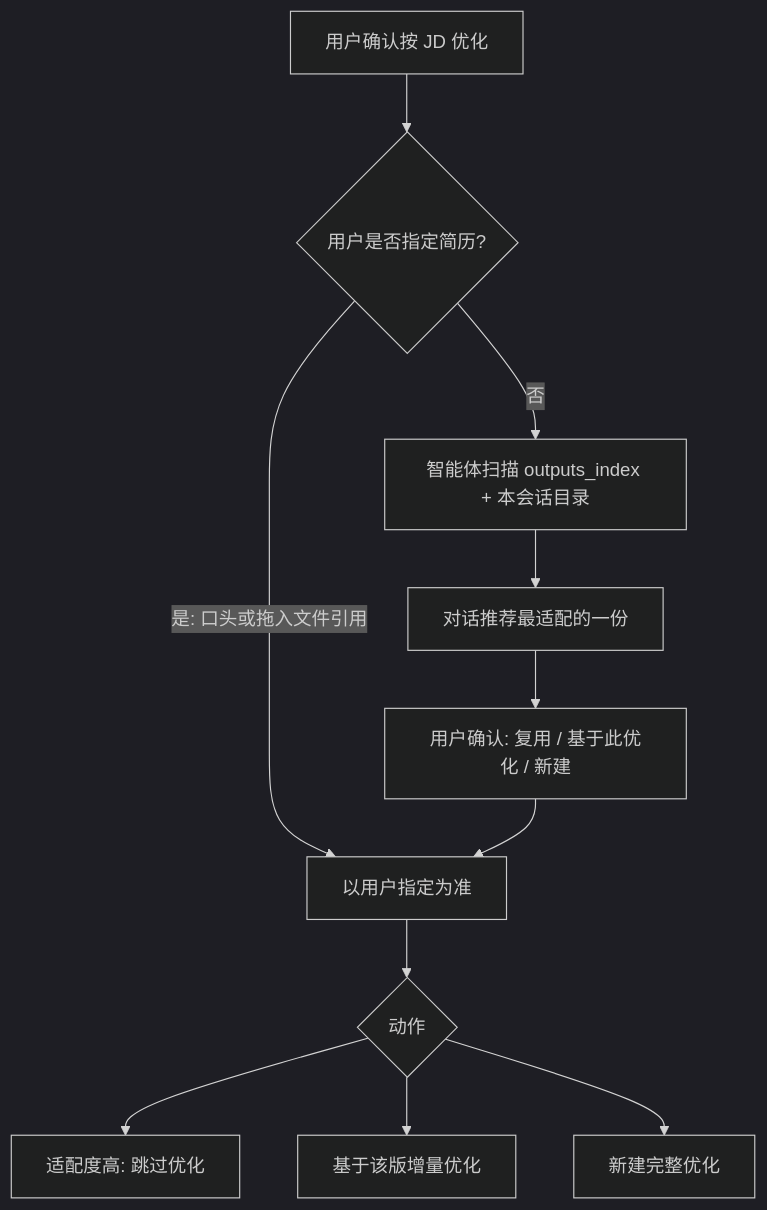
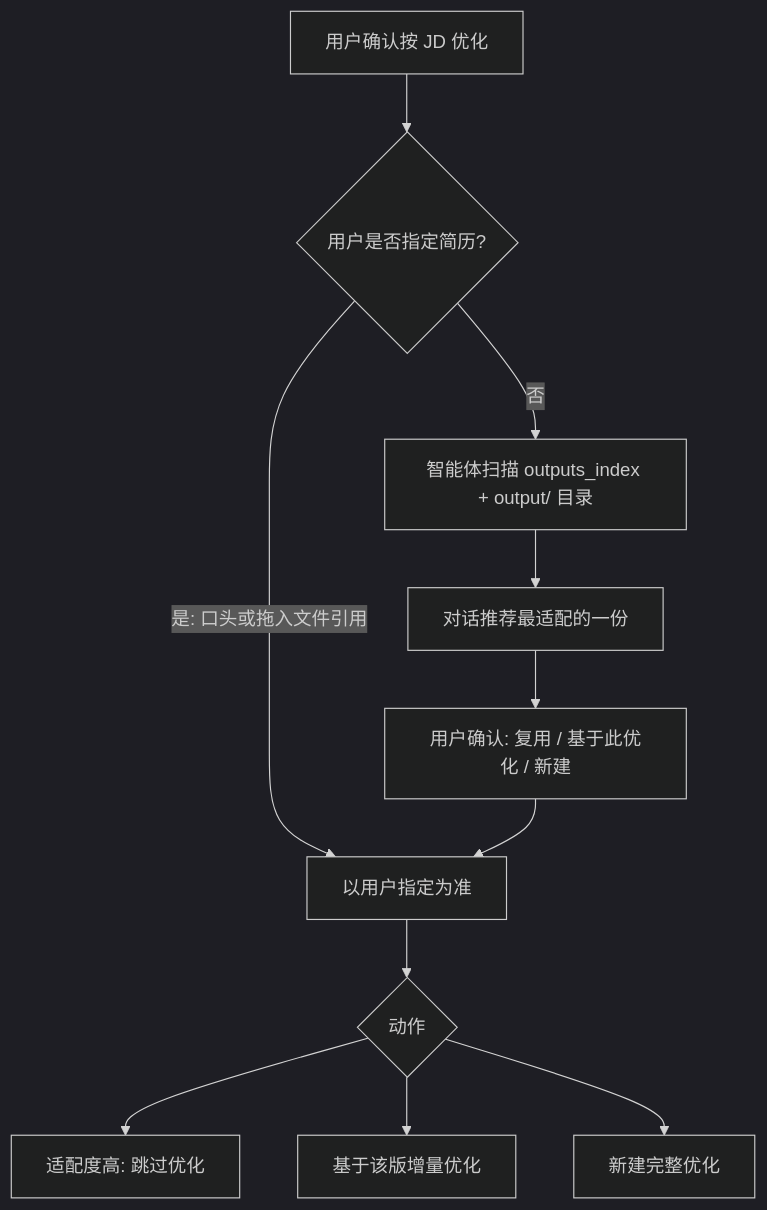
One commit to CatNum/AI-Optimized-Resume-V2 changed the diagram in docs/prd/B05. 流程-简历复用 PRD.md. Above: the diagram before and after it, drawn with Mermaid (dark theme). The commit also changed 20 other files, not shown here.

First line of the commit message:
docs(architecture): 第二轮架构确认落盘与 PRD 同步

````diff
--- a/docs/prd/B05. 流程-简历复用 PRD.md
+++ b/docs/prd/B05. 流程-简历复用 PRD.md
@@ -15,13 +15,13 @@
 ```mermaid
 flowchart TD
   start[用户确认按 JD 优化] --> spec{用户是否指定简历?}
   spec -->|是: 口头或拖入文件引用| userPick[以用户指定为准]
-  spec -->|否| auto[智能体扫描 outputs_index + 本会话目录]
+  spec -->|否| auto[智能体扫描 outputs_index + output/ 目录]
   auto --> suggest[对话推荐最适配的一份]
   suggest --> ask[用户确认: 复用 / 基于此优化 / 新建]
   ask --> userPick
   userPick --> action{动作}
   action --> skip[适配度高: 跳过优化]
   action --> base[基于该版增量优化]
   action --> new[新建完整优化]
 ```
````
